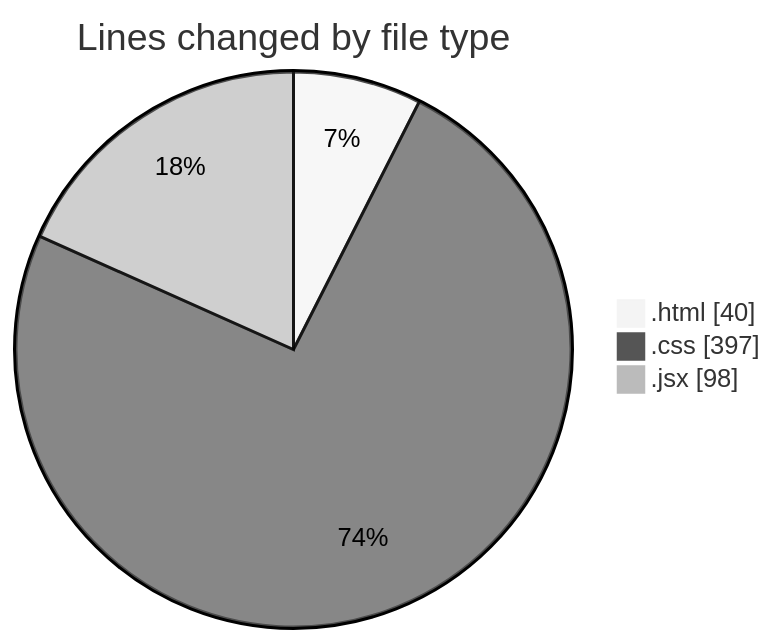
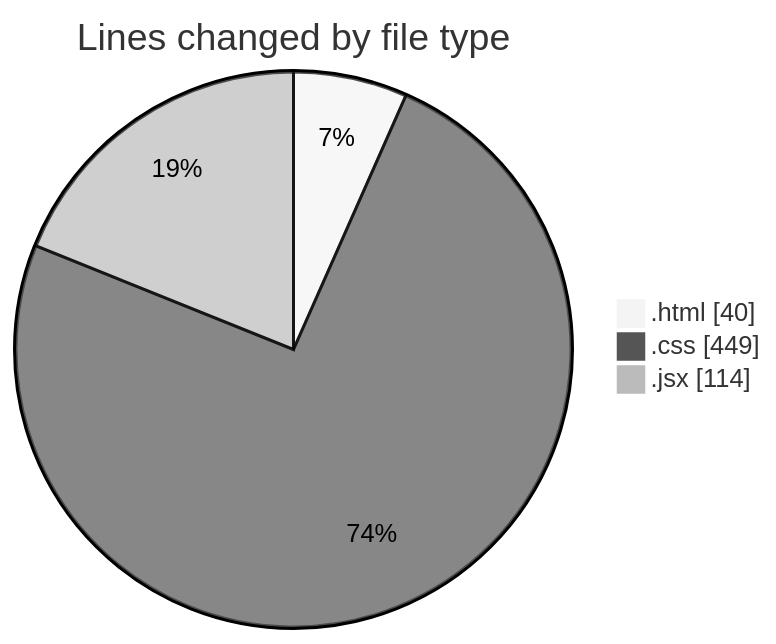
One commit to Ritupan-Deka/code-tracking changed the first of 2 diagrams in 2025-05-26/projects/README.md. Above: the diagram before and after it, drawn with Mermaid (neutral theme). The commit also changed other lines of this file and 1 other file, not shown here.

````diff
--- a/2025-05-26/projects/README.md
+++ b/2025-05-26/projects/README.md
@@ -23,7 +23,7 @@
 ```mermaid
 pie showData
 title Lines changed by file type
 ".html" : 40
-".css" : 397
-".jsx" : 98
+".css" : 449
+".jsx" : 114
 ```
````
